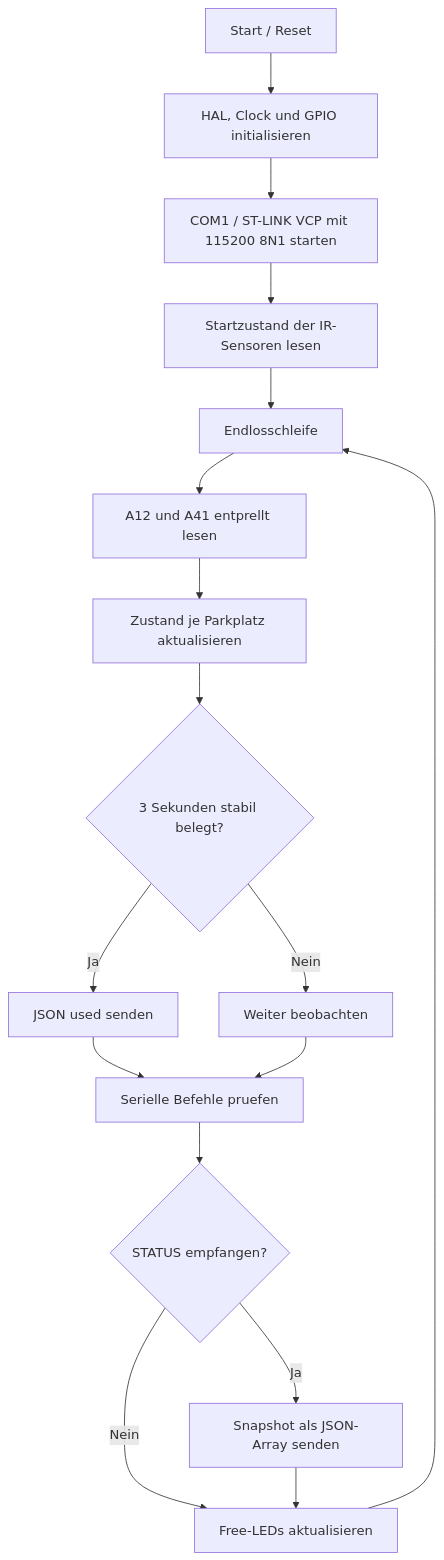
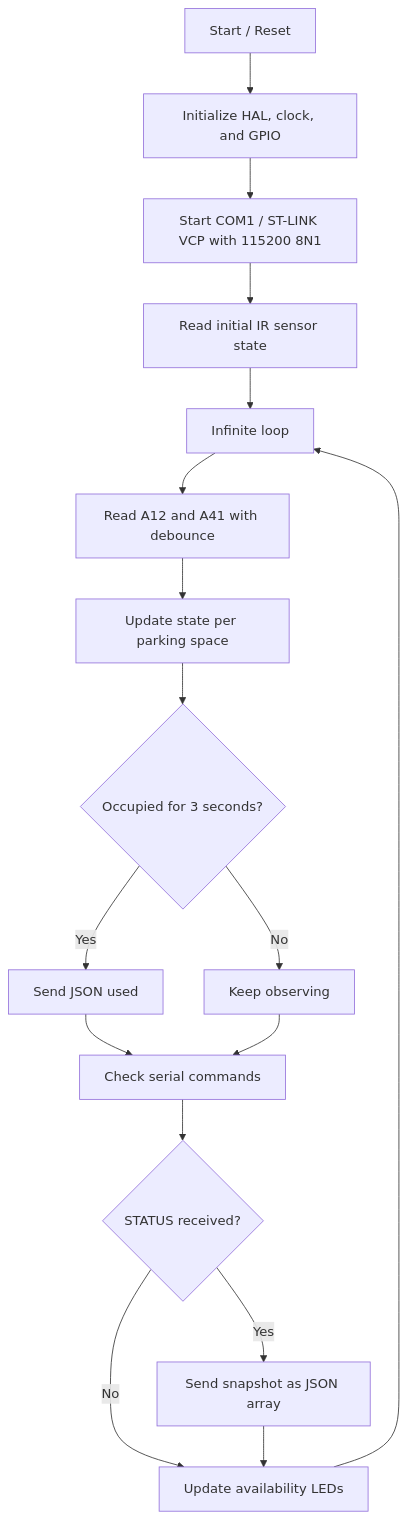
The first of 2 diagrams in README.md (deyaxshami/ParkingStation), drawn with Mermaid before and after one commit. The commit also changed other lines of this file and 5 other files, not shown here.

````diff
--- a/README.md
+++ b/README.md
@@ -43,19 +45,19 @@
 ```mermaid
 flowchart TD
-    A[Start / Reset] --> B[HAL, Clock und GPIO initialisieren]
-    B --> C[COM1 / ST-LINK VCP mit 115200 8N1 starten]
-    C --> D[Startzustand der IR-Sensoren lesen]
-    D --> E[Endlosschleife]
-    E --> F[A12 und A41 entprellt lesen]
-    F --> G[Zustand je Parkplatz aktualisieren]
-    G --> H{3 Sekunden stabil belegt?}
-    H -->|Ja| I[JSON used senden]
-    H -->|Nein| J[Weiter beobachten]
-    I --> K[Serielle Befehle pruefen]
+    A[Start / Reset] --> B[Initialize HAL, clock, and GPIO]
+    B --> C[Start COM1 / ST-LINK VCP with 115200 8N1]
+    C --> D[Read initial IR sensor state]
+    D --> E[Infinite loop]
+    E --> F[Read A12 and A41 with debounce]
+    F --> G[Update state per parking space]
+    G --> H{Occupied for 3 seconds?}
+    H -->|Yes| I[Send JSON used]
+    H -->|No| J[Keep observing]
+    I --> K[Check serial commands]
     J --> K
-    K --> L{STATUS empfangen?}
-    L -->|Ja| M[Snapshot als JSON-Array senden]
-    L -->|Nein| N[Free-LEDs aktualisieren]
+    K --> L{STATUS received?}
+    L -->|Yes| M[Send snapshot as JSON array]
+    L -->|No| N[Update availability LEDs]
     M --> N
     N --> E
 ```
````
